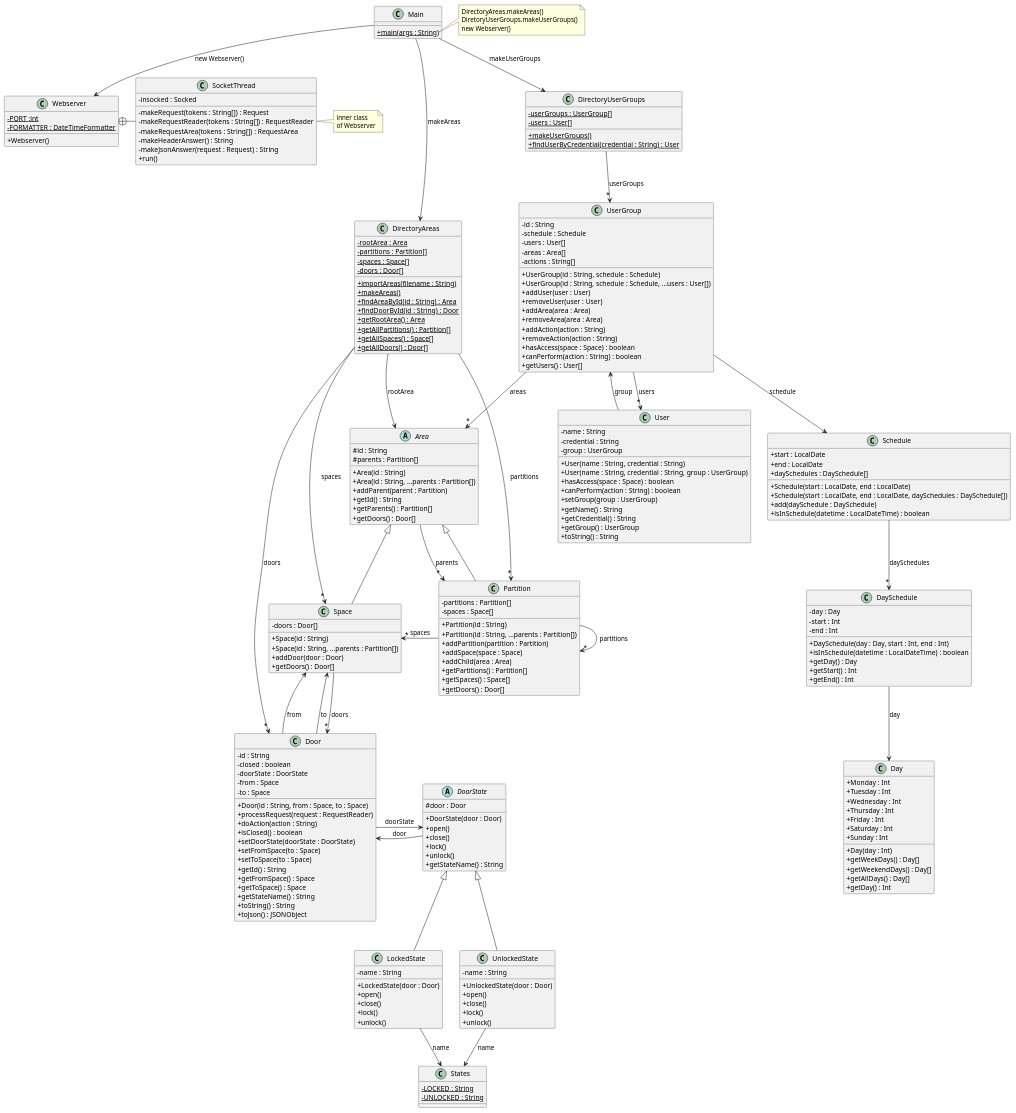
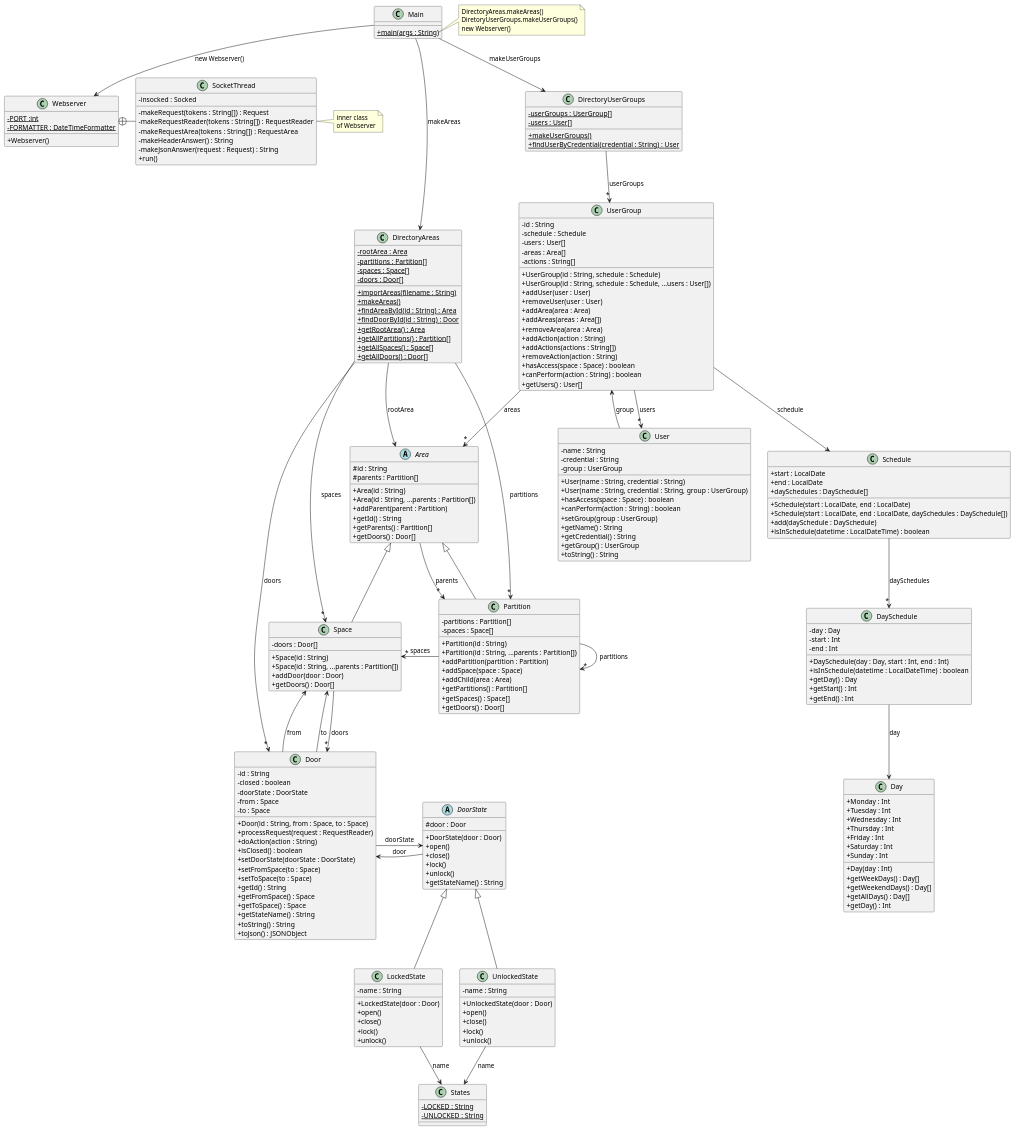
One commit to joan667/Acces_Control changed the diagram in src/baseNoStates/uml/base_no_states.puml. Above: the diagram before and after it, drawn with PlantUML. The commit also changed 9 other files, not shown here.

```diff
--- a/src/baseNoStates/uml/base_no_states.puml
+++ b/src/baseNoStates/uml/base_no_states.puml
@@ -190,8 +190,10 @@
 + addUser(user : User)
 + removeUser(user : User)
 + addArea(area : Area)
++ addAreas(areas : Area[])
 + removeArea(area : Area)
 + addAction(action : String)
++ addActions(actions : String[])
 + removeAction(action : String)
 + hasAccess(space : Space) : boolean
 + canPerform(action : String) : boolean
```
